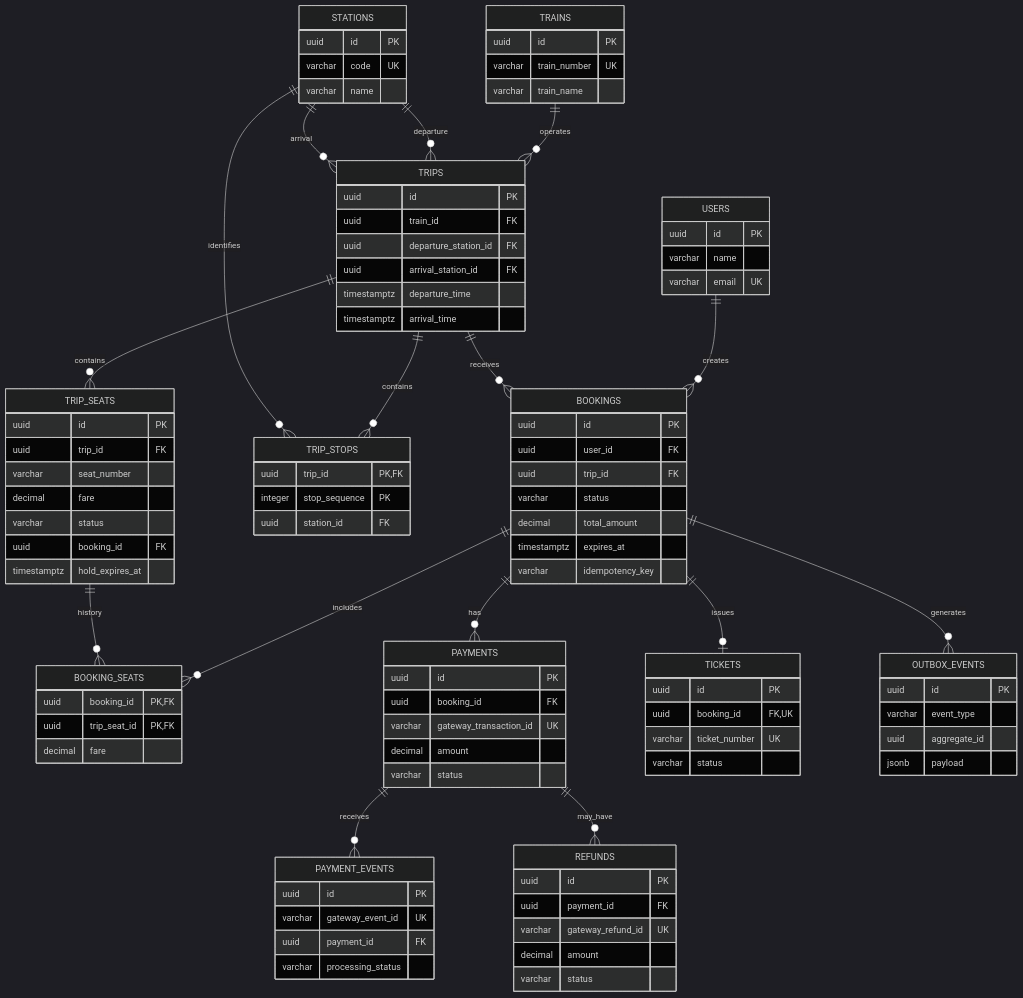
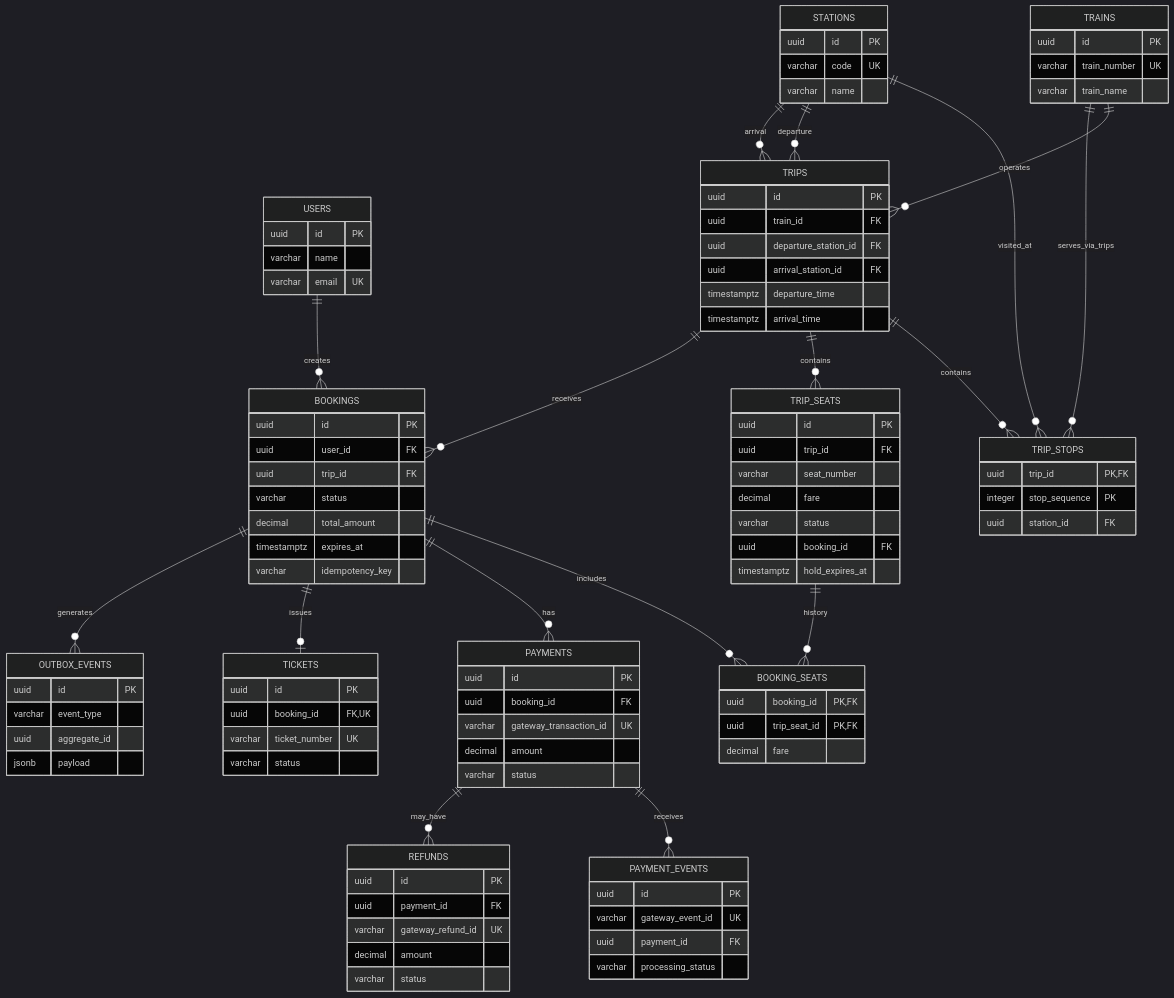
One commit to Murad134/System-Design-Playbook changed the sixth of 7 diagrams in A Train Ticket Booking System/README.md. Above: the diagram before and after it, drawn with Mermaid (dark theme). The commit also changed other lines of this file, not shown here.

```diff
--- a/A Train Ticket Booking System/README.md
+++ b/A Train Ticket Booking System/README.md
@@ -1558,12 +1559,13 @@
     USERS ||--o{ BOOKINGS : creates
     TRAINS ||--o{ TRIPS : operates
 
+    TRAINS ||--o{ TRIP_STOPS : serves_via_trips
+    STATIONS ||--o{ TRIP_STOPS : visited_at
+
     STATIONS ||--o{ TRIPS : departure
     STATIONS ||--o{ TRIPS : arrival
 
     TRIPS ||--o{ TRIP_STOPS : contains
-    STATIONS ||--o{ TRIP_STOPS : identifies
-
     TRIPS ||--o{ TRIP_SEATS : contains
     TRIPS ||--o{ BOOKINGS : receives
 
```
